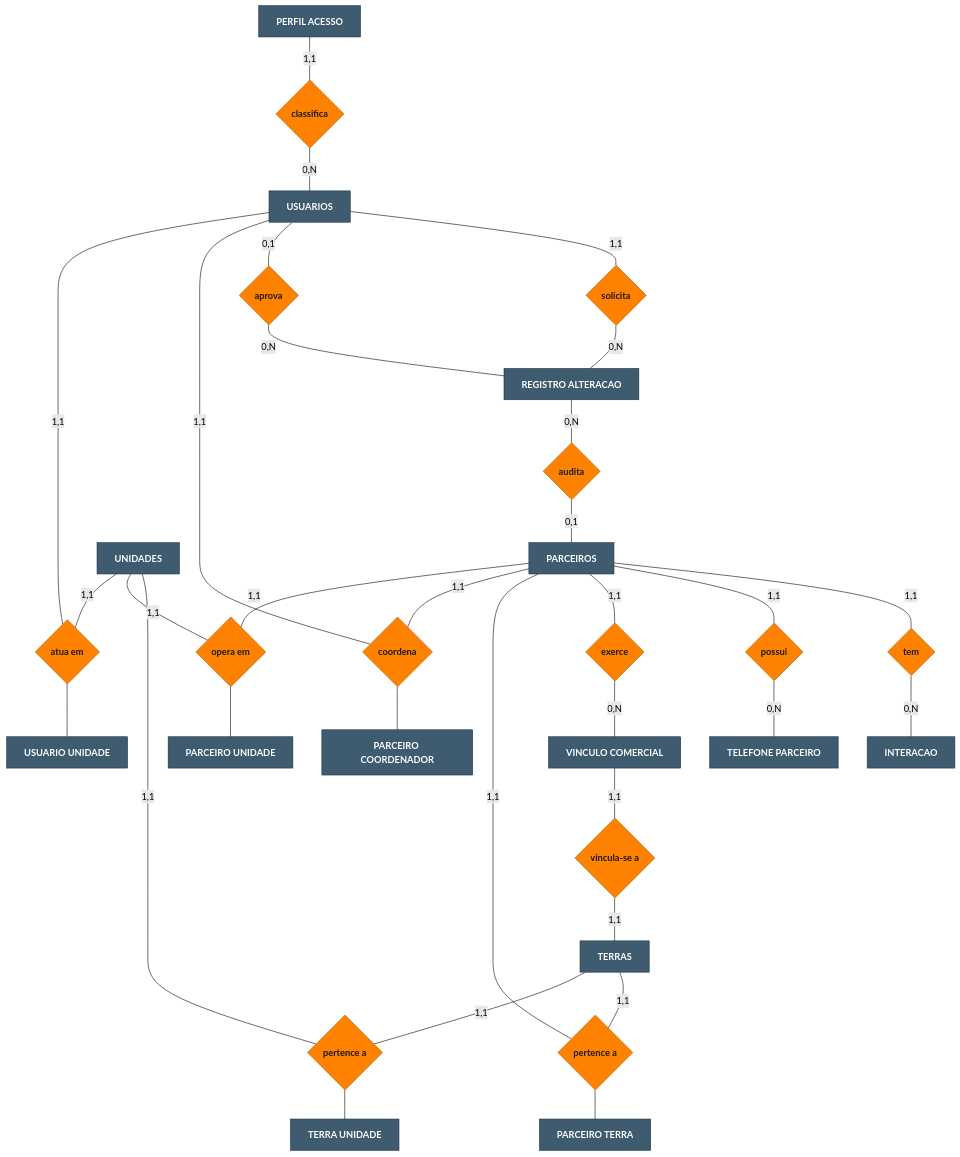
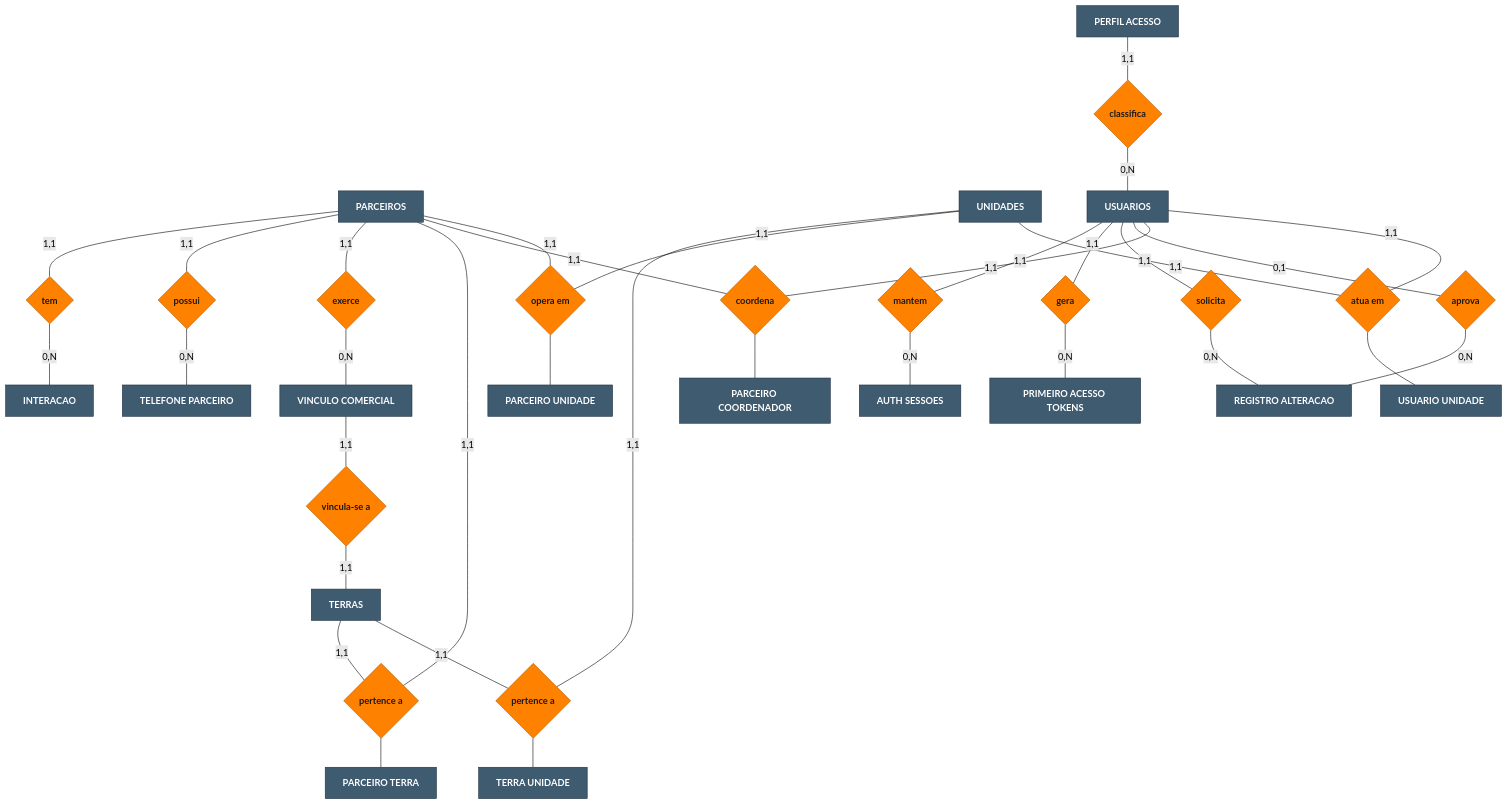
Before and after one commit to williamjrmaia/M-dulo-2---Aplica-o-Web-Atvos-: the sixth of 6 diagrams in documentos/wad.md, drawn with Mermaid (forest theme). The commit also changed other lines of this file, not shown here.

````diff
--- a/documentos/wad.md
+++ b/documentos/wad.md
@@ -1927,58 +1933,62 @@
 ```mermaid
 flowchart TB
     classDef entity fill:#3F5B70,stroke:#1e3040,color:#fff,font-weight:bold
     classDef rel fill:#FF8100,stroke:#b35a00,color:#1a1a1a,font-weight:bold
 
     PARC[PARCEIROS]:::entity
     INTER[INTERACAO]:::entity
     VINC[VINCULO COMERCIAL]:::entity
     TERR[TERRAS]:::entity
     PT[PARCEIRO TERRA]:::entity
     UNID[UNIDADES]:::entity
     TU[TERRA UNIDADE]:::entity
     TEL[TELEFONE PARCEIRO]:::entity
     USUA[USUARIOS]:::entity
     PERF[PERFIL ACESSO]:::entity
+    AUTH[AUTH SESSOES]:::entity
+    PAT[PRIMEIRO ACESSO TOKENS]:::entity
     RA[REGISTRO ALTERACAO]:::entity
     PCOORD[PARCEIRO COORDENADOR]:::entity
     PUNID[PARCEIRO UNIDADE]:::entity
     UUNID[USUARIO UNIDADE]:::entity
 
     Rtem{tem}:::rel
     Rtel{possui}:::rel
     Rexerce{exerce}:::rel
     Rvinc{vincula-se a}:::rel
     Rpert{pertence a}:::rel
     Rtu{pertence a}:::rel
     Rclass{classifica}:::rel
+    Rsess{mantem}:::rel
+    Rprim{gera}:::rel
     Rsol{solicita}:::rel
     Rapr{aprova}:::rel
-    Raud{audita}:::rel
     Rcoord{coordena}:::rel
     Ropun{opera em}:::rel
     Ratun{atua em}:::rel
 
     PARC -- "1,1" --- Rtem -- "0,N" --- INTER
     PARC -- "1,1" --- Rtel -- "0,N" --- TEL
     PARC -- "1,1" --- Rexerce -- "0,N" --- VINC
     VINC -- "1,1" --- Rvinc -- "1,1" --- TERR
     PARC -- "1,1" --- Rpert
     TERR -- "1,1" --- Rpert
     Rpert --- PT
     TERR -- "1,1" --- Rtu
     UNID -- "1,1" --- Rtu
     Rtu --- TU
     PERF -- "1,1" --- Rclass -- "0,N" --- USUA
+    USUA -- "1,1" --- Rsess -- "0,N" --- AUTH
+    USUA -- "1,1" --- Rprim -- "0,N" --- PAT
     USUA -- "1,1" --- Rsol -- "0,N" --- RA
     USUA -- "0,1" --- Rapr -- "0,N" --- RA
-    RA -- "0,N" --- Raud -- "0,1" --- PARC
     PARC -- "1,1" --- Rcoord
     USUA -- "1,1" --- Rcoord
     Rcoord --- PCOORD
     PARC -- "1,1" --- Ropun
     UNID -- "1,1" --- Ropun
     Ropun --- PUNID
     USUA -- "1,1" --- Ratun
     UNID -- "1,1" --- Ratun
     Ratun --- UUNID
 ```
````
